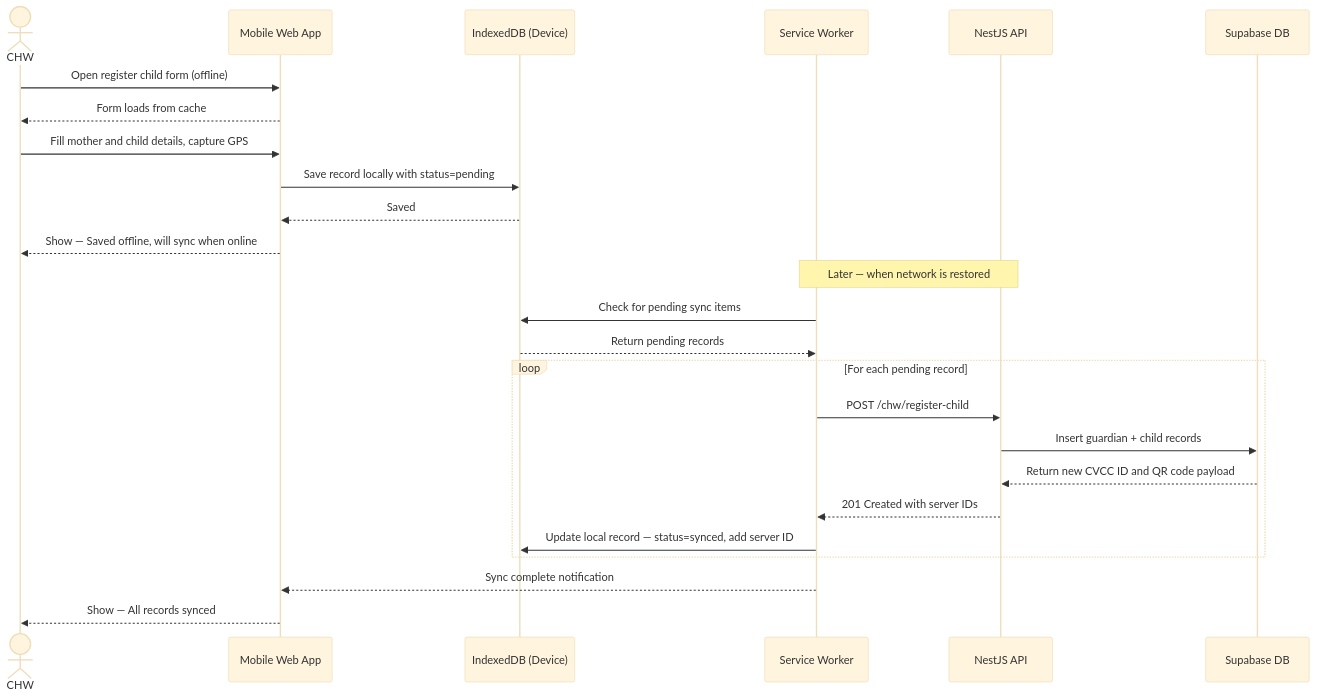
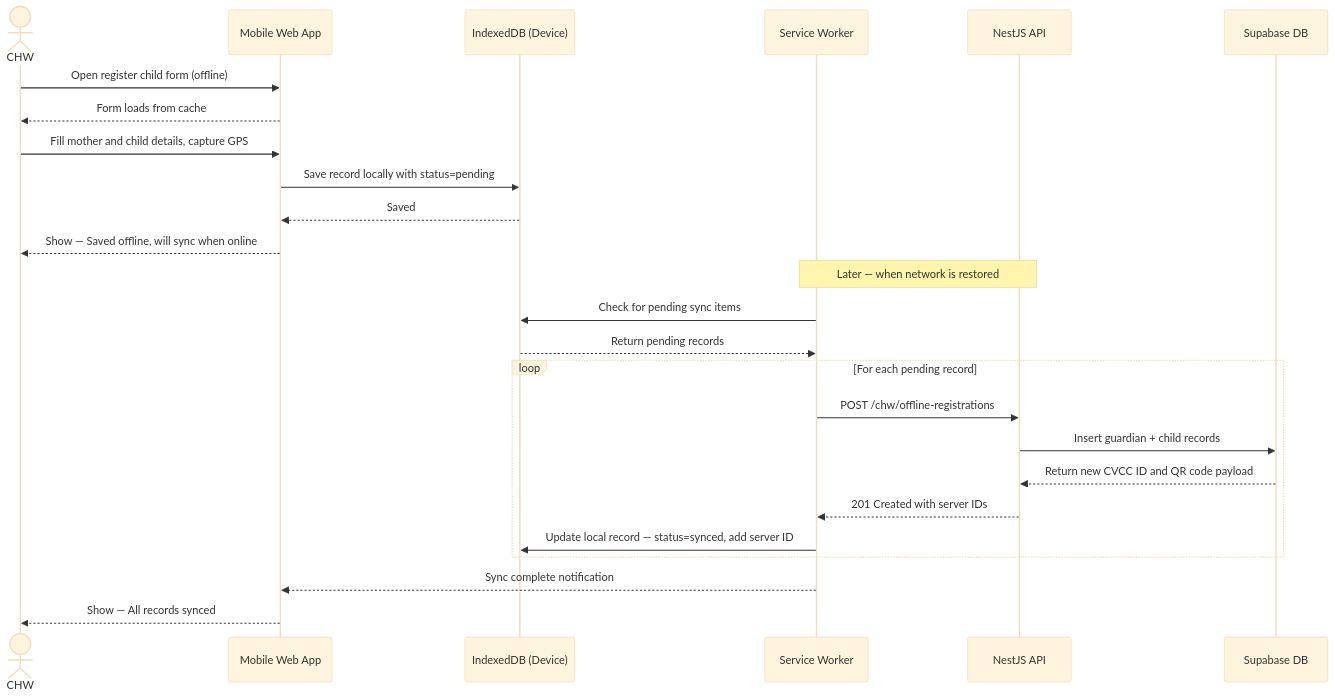
One commit to Juny-max/child-vaccination-system changed the eighth of 13 diagrams in docs/CHAPTER-4-DIAGRAMS.md. Above: the diagram before and after it, drawn with Mermaid (base theme). The commit also changed other lines of this file and 67 other files, not shown here.

Commit message:
docs: add chapter 4 diagram export pack and improve use-case layout

````diff
--- a/docs/CHAPTER-4-DIAGRAMS.md
+++ b/docs/CHAPTER-4-DIAGRAMS.md
@@ -270,33 +302,33 @@
 ```mermaid
 sequenceDiagram
   actor C as CHW
   participant UI as Mobile Web App
   participant IDB as IndexedDB (Device)
   participant SW as Service Worker
   participant API as NestJS API
   participant DB as Supabase DB
 
   C->>UI: Open register child form (offline)
   UI-->>C: Form loads from cache
 
   C->>UI: Fill mother and child details, capture GPS
   UI->>IDB: Save record locally with status=pending
   IDB-->>UI: Saved
   UI-->>C: Show — Saved offline, will sync when online
 
   Note over SW,API: Later — when network is restored
 
   SW->>IDB: Check for pending sync items
   IDB-->>SW: Return pending records
 
   loop For each pending record
-    SW->>API: POST /chw/register-child
+    SW->>API: POST /chw/offline-registrations
     API->>DB: Insert guardian + child records
     DB-->>API: Return new CVCC ID and QR code payload
     API-->>SW: 201 Created with server IDs
     SW->>IDB: Update local record — status=synced, add server ID
   end
 
   SW-->>UI: Sync complete notification
   UI-->>C: Show — All records synced
 ```
````
